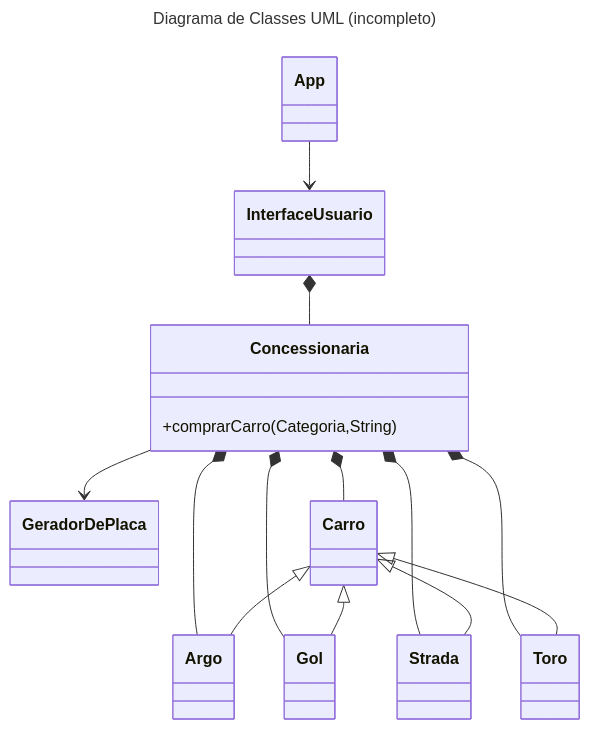
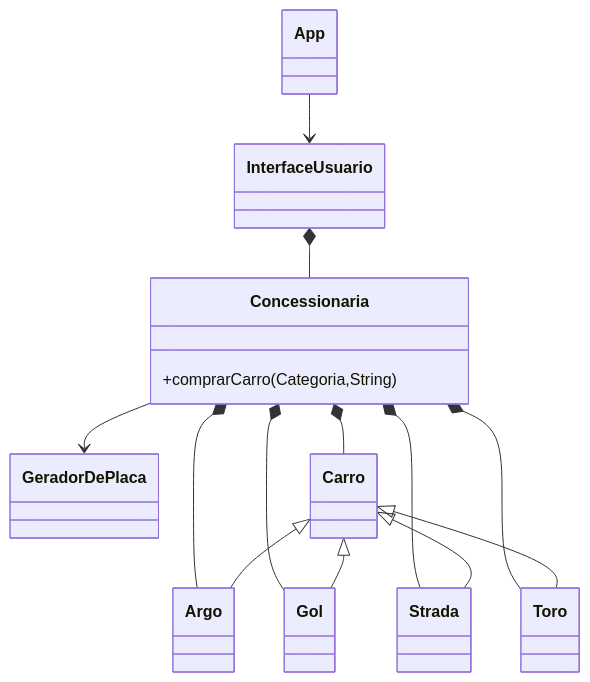
One commit to ufla-ppoo/ConcessionariaMultimarcas changed the diagram in README.md. Above: the diagram before and after it, drawn with Mermaid. The commit also changed other lines of this file, not shown here.

Commit message:
Correção diagrama de classes Mermaid

````diff
--- a/README.md
+++ b/README.md
@@ -66,19 +69,16 @@
 ```mermaid
----
-title: Diagrama de Classes UML (incompleto)
----
 classDiagram
     App --> InterfaceUsuario
     InterfaceUsuario *-- Concessionaria
     Concessionaria --> GeradorDePlaca
     Concessionaria *-- Carro
     Concessionaria *-- Argo
     Concessionaria *-- Gol
     Concessionaria *-- Strada
     Concessionaria *-- Toro
     Carro <|-- Argo
     Carro <|-- Gol
     Carro <|-- Strada
     Carro <|-- Toro
     Concessionaria : +comprarCarro(Categoria,String)
 ```
````
